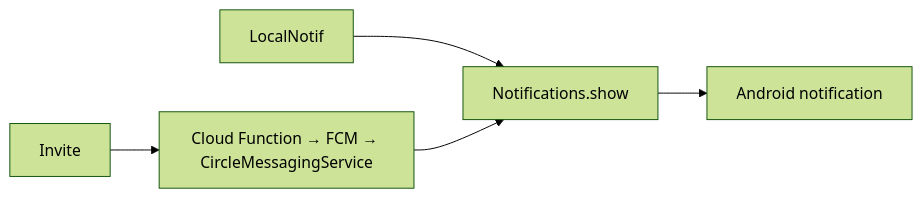
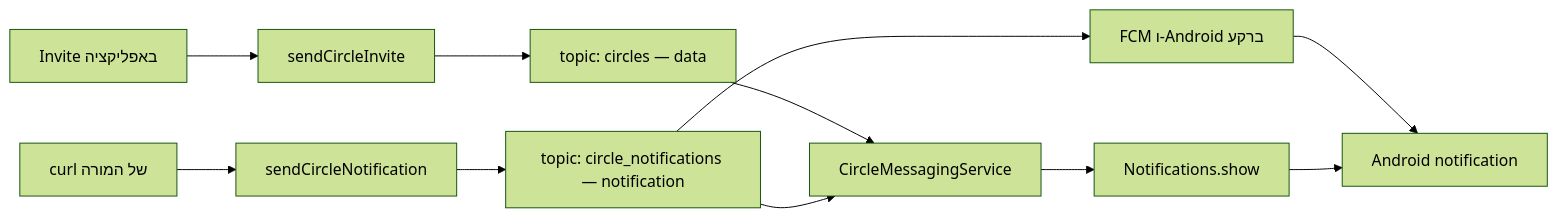
One commit to 3strategy/BeautifulMivney changed the diagram in android/CollectCircles/06.collect-circles-fcm-invitations.md. Above: the diagram before and after it, drawn with Mermaid (forest theme). The commit also changed other lines of this file and 5 other files, not shown here.

Commit message:
update the notification totorials in CollectCircles

````diff
--- a/android/CollectCircles/06.collect-circles-fcm-invitations.md
+++ b/android/CollectCircles/06.collect-circles-fcm-invitations.md
@@ -15,7 +18,14 @@
 ```mermaid
 flowchart LR
-    A["LocalNotif"] --> D["Notifications.show"]
-    B["Invite"] --> C["Cloud Function → FCM → CircleMessagingService"]
-    C --> D
-    D --> E["Android notification"]
+    A["Invite באפליקציה"] --> B["sendCircleInvite"]
+    B --> C["topic: circles — data"]
+    C --> D["CircleMessagingService"]
+    D --> G["Notifications.show"]
+
+    E["curl של המורה"] --> F["sendCircleNotification"]
+    F --> H["topic: circle_notifications — notification"]
+    H --> I["FCM ו-Android ברקע"]
+    H --> D
+    I --> J["Android notification"]
+    G --> J
 ```
````
